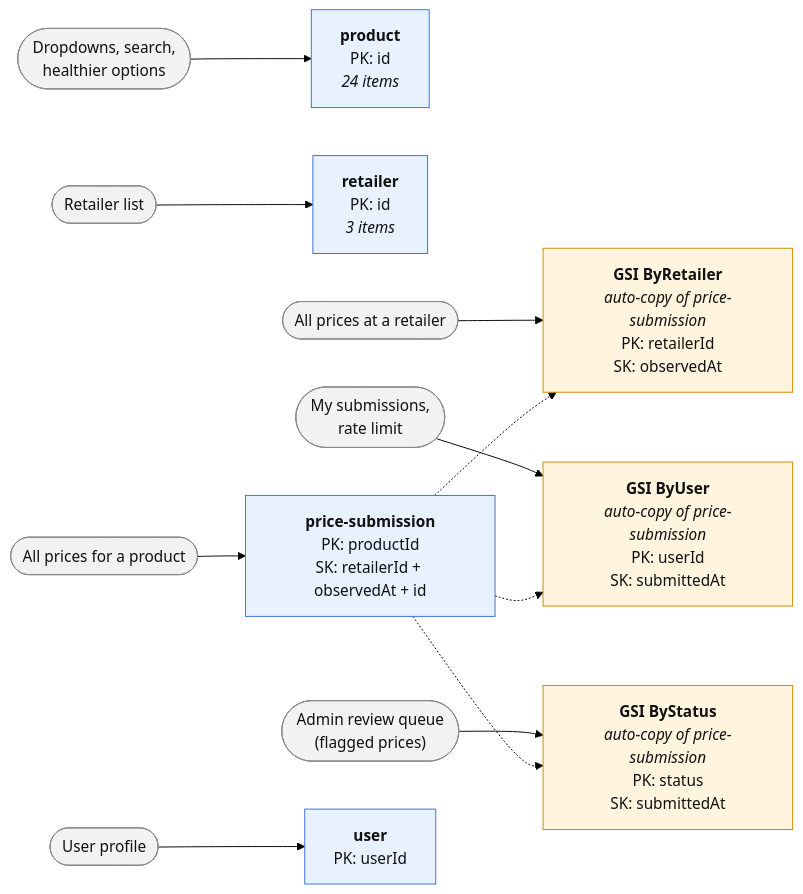
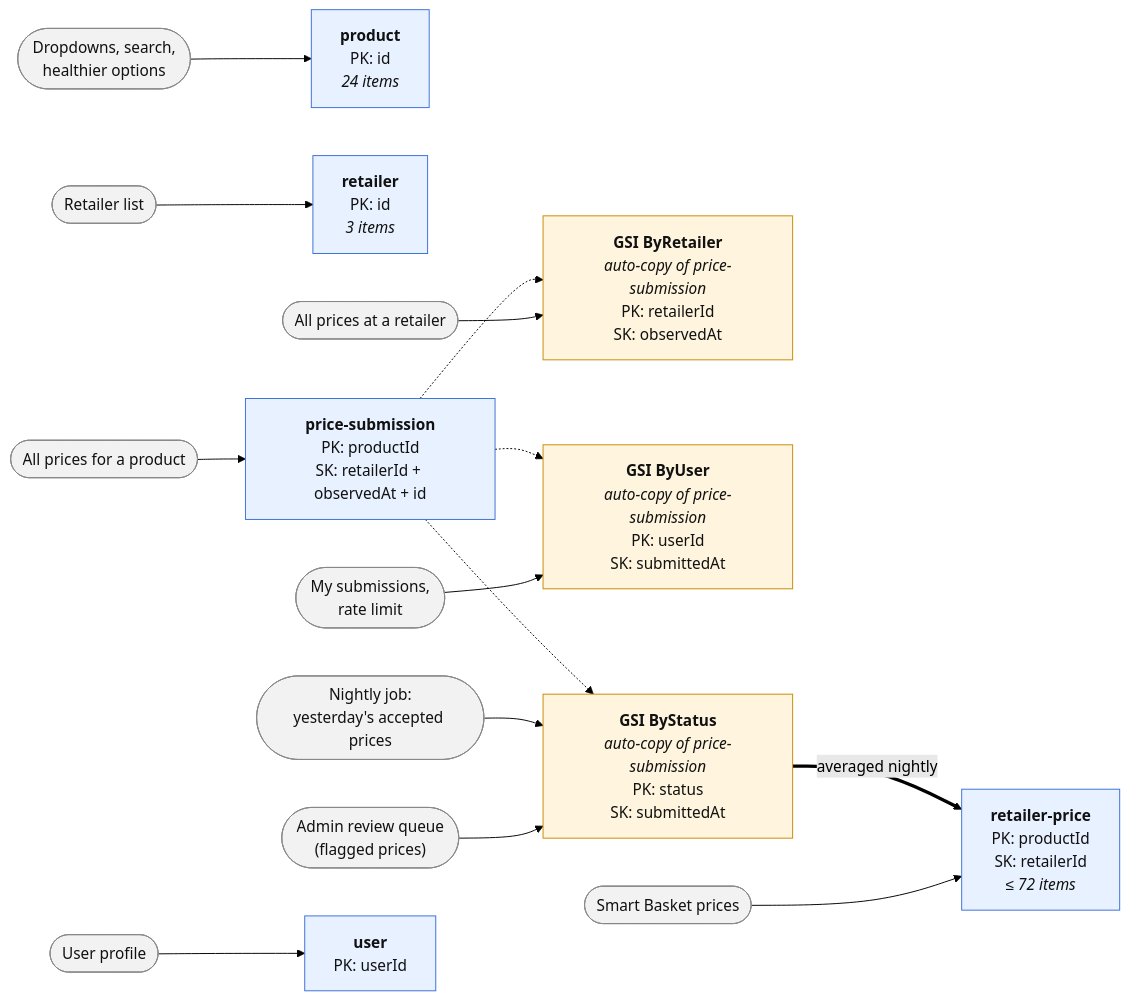
One commit to Gareth2-YS/TrolleySaver changed the second of 4 diagrams in docs/architecture/database-design.md. Above: the diagram before and after it, drawn with Mermaid (forest theme). The commit also changed other lines of this file and 18 other files, not shown here.

Commit message:
Create new Retailer Price table

````diff
--- a/docs/architecture/database-design.md
+++ b/docs/architecture/database-design.md
@@ -65,29 +80,33 @@
 ```mermaid
 flowchart LR
     Q4(["Dropdowns, search,<br/>healthier options"]) --> PR
     Q6(["Retailer list"]) --> RT
     Q1(["All prices for a product"]) --> PS
     Q2(["All prices at a retailer"]) --> G1
     Q3(["My submissions,<br/>rate limit"]) --> G2
     Q7(["Admin review queue<br/>(flagged prices)"]) --> G3
+    Q8(["Nightly job:<br/>yesterday's accepted prices"]) --> G3
+    Q9(["Smart Basket prices"]) --> RP
     Q5(["User profile"]) --> US
 
     PR["<b>product</b><br/>PK: id<br/><i>24 items</i>"]
     RT["<b>retailer</b><br/>PK: id<br/><i>3 items</i>"]
     PS["<b>price-submission</b><br/>PK: productId<br/>SK: retailerId + observedAt + id"]
     G1["<b>GSI ByRetailer</b><br/><i>auto-copy of price-submission</i><br/>PK: retailerId<br/>SK: observedAt"]
     G2["<b>GSI ByUser</b><br/><i>auto-copy of price-submission</i><br/>PK: userId<br/>SK: submittedAt"]
     G3["<b>GSI ByStatus</b><br/><i>auto-copy of price-submission</i><br/>PK: status<br/>SK: submittedAt"]
     US["<b>user</b><br/>PK: userId"]
+    RP["<b>retailer-price</b><br/>PK: productId<br/>SK: retailerId<br/><i>≤ 72 items</i>"]
 
     PS -.-> G1
     PS -.-> G2
     PS -.-> G3
+    G3 == "averaged nightly" ==> RP
 
     classDef table fill:#e8f1ff,stroke:#3b6fd8,color:#111
     classDef index fill:#fff4dd,stroke:#c98a00,color:#111
     classDef query fill:#f2f2f2,stroke:#888,color:#111
-    class PR,RT,PS,US table
+    class PR,RT,PS,US,RP table
     class G1,G2,G3 index
-    class Q1,Q2,Q3,Q4,Q5,Q6,Q7 query
+    class Q1,Q2,Q3,Q4,Q5,Q6,Q7,Q8,Q9 query
 ```
````
